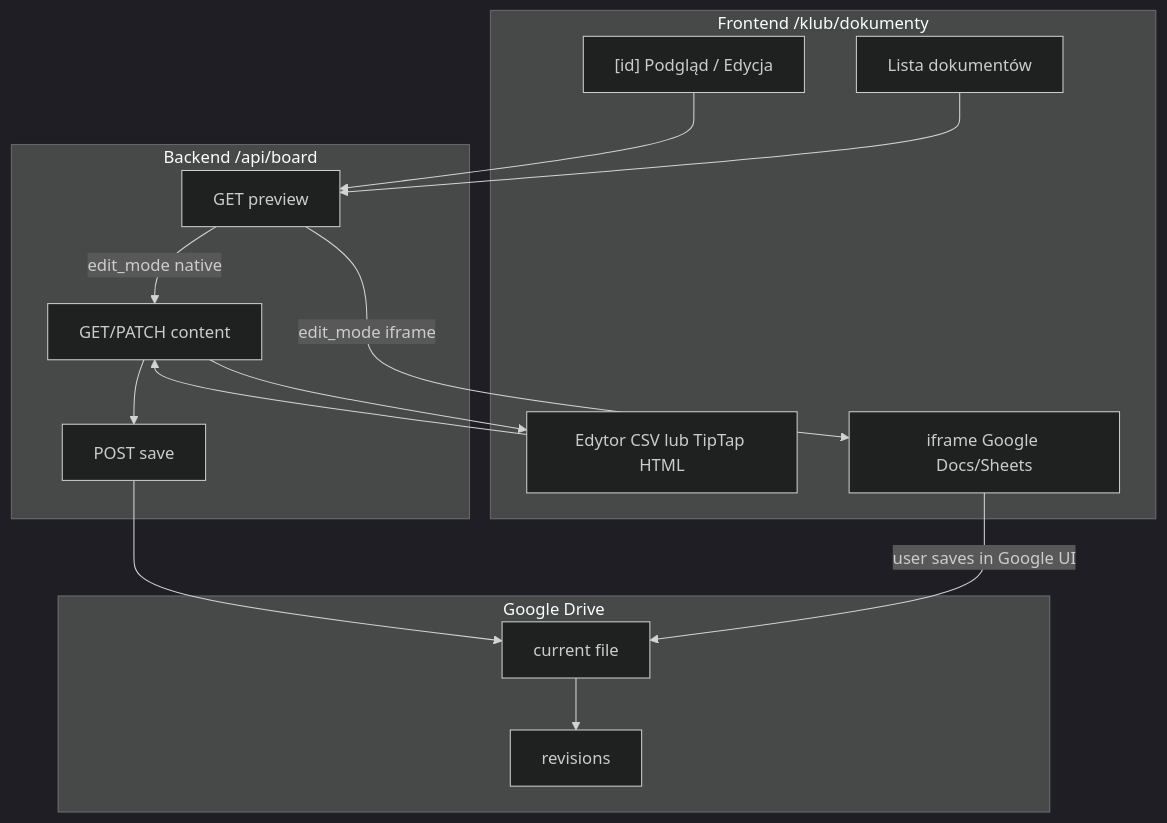
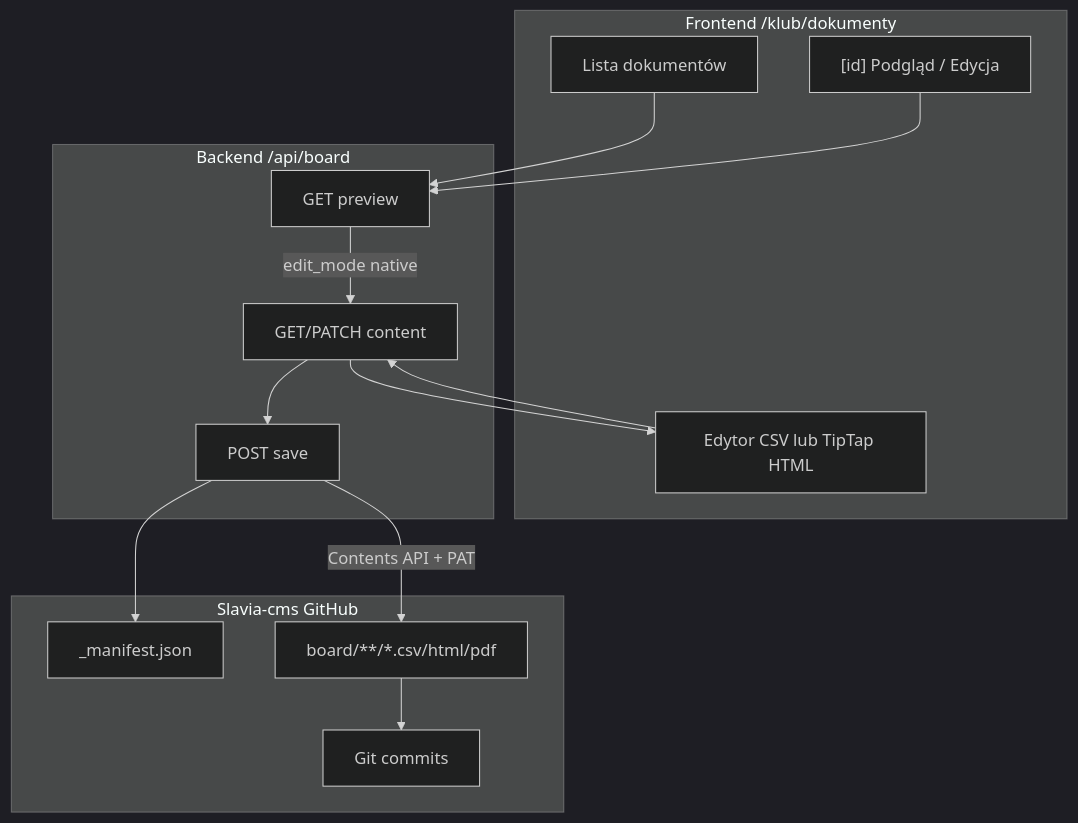
The first of 2 diagrams in .cursor/plans/zarzad-dokumenty_a5bb3b64.plan.md (JakubGawron1/Slavia-Website), drawn with Mermaid (dark theme) before and after one commit. The commit also changed other lines of this file and 3 other files, not shown here.

````diff
--- a/.cursor/plans/zarzad-dokumenty_a5bb3b64.plan.md
+++ b/.cursor/plans/zarzad-dokumenty_a5bb3b64.plan.md
@@ -161,28 +208,27 @@
 ```mermaid
 flowchart TD
   subgraph ui [Frontend /klub/dokumenty]
     List[Lista dokumentów]
     Detail["[id] Podgląd / Edycja"]
     NativeEdit[Edytor CSV lub TipTap HTML]
-    IframeEdit["iframe Google Docs/Sheets"]
   end
   subgraph api [Backend /api/board]
     Preview[GET preview]
     Content[GET/PATCH content]
     Save[POST save]
   end
-  subgraph drive [Google Drive]
-    File[current file]
-    Revisions[revisions]
+  subgraph gh [Slavia-cms GitHub]
+    Manifest["_manifest.json"]
+    Files["board/**/*.csv/html/pdf"]
+    Commits[Git commits]
   end
   List --> Preview
   Detail --> Preview
   Preview -->|edit_mode native| Content
-  Preview -->|edit_mode iframe| IframeEdit
   Content --> NativeEdit
   NativeEdit --> Content
-  IframeEdit -->|user saves in Google UI| File
   Content --> Save
-  Save --> File
-  File --> Revisions
+  Save -->|Contents API + PAT| Files
+  Save --> Manifest
+  Files --> Commits
 ```
````
